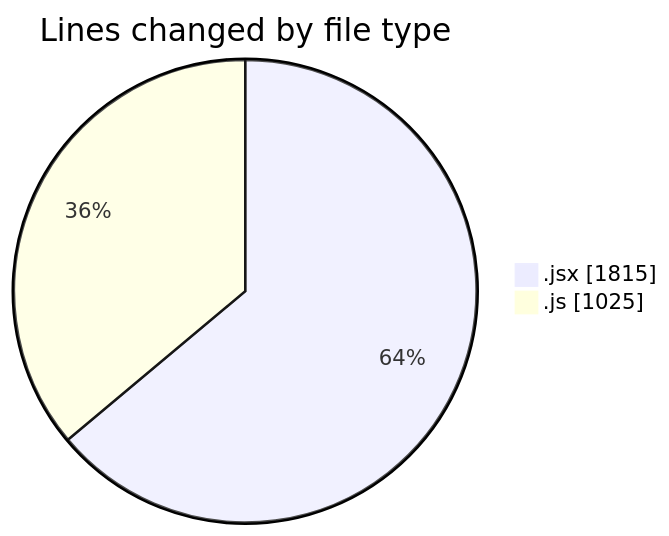
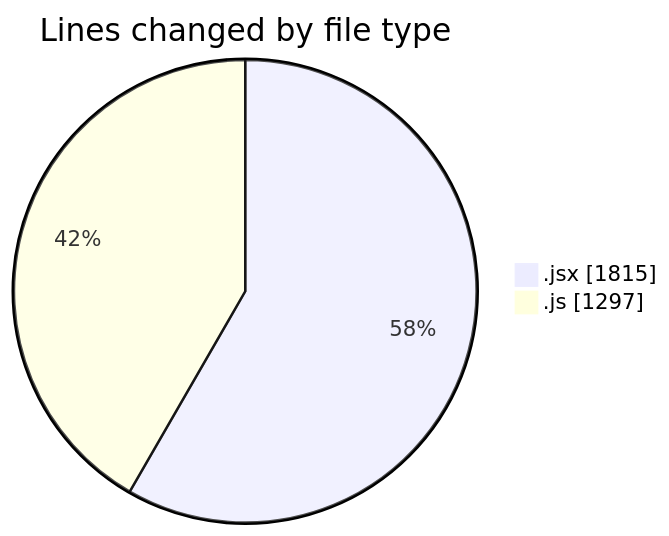
The first of 2 diagrams in 2025-08-04/nxtqube_webapp/README.md (nxtqubesakshisongat/code-tracking), drawn with Mermaid before and after one commit. The commit also changed other lines of this file and 1 other file, not shown here.

````diff
--- a/2025-08-04/nxtqube_webapp/README.md
+++ b/2025-08-04/nxtqube_webapp/README.md
@@ -25,6 +26,6 @@
 ```mermaid
 pie showData
 title Lines changed by file type
 ".jsx" : 1815
-".js" : 1025
+".js" : 1297
 ```
````
